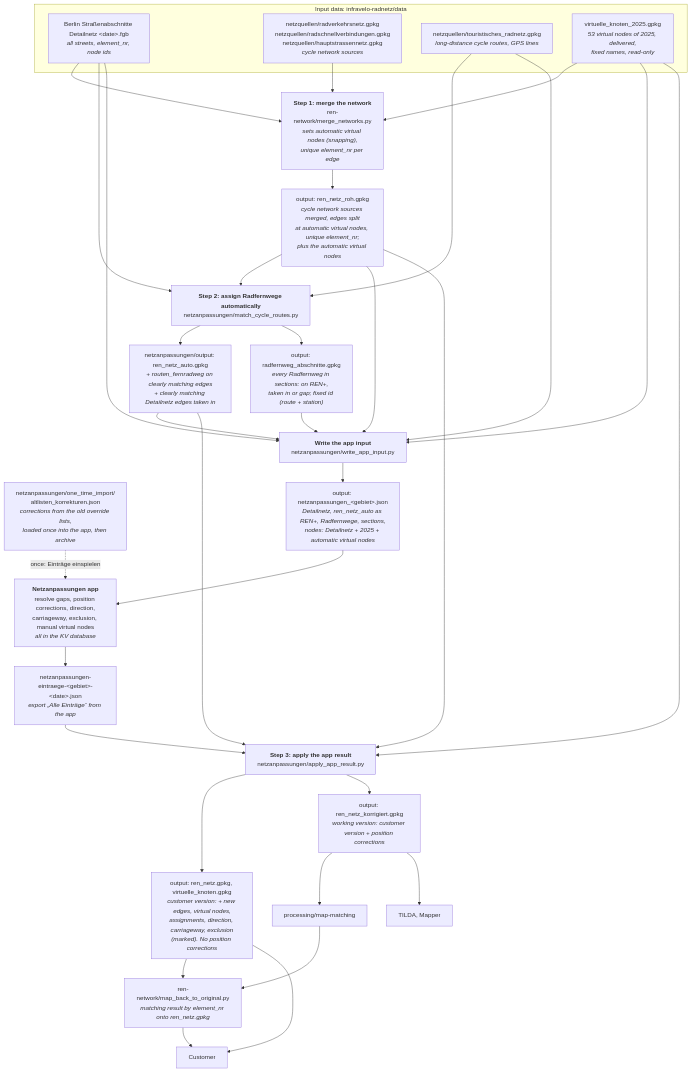
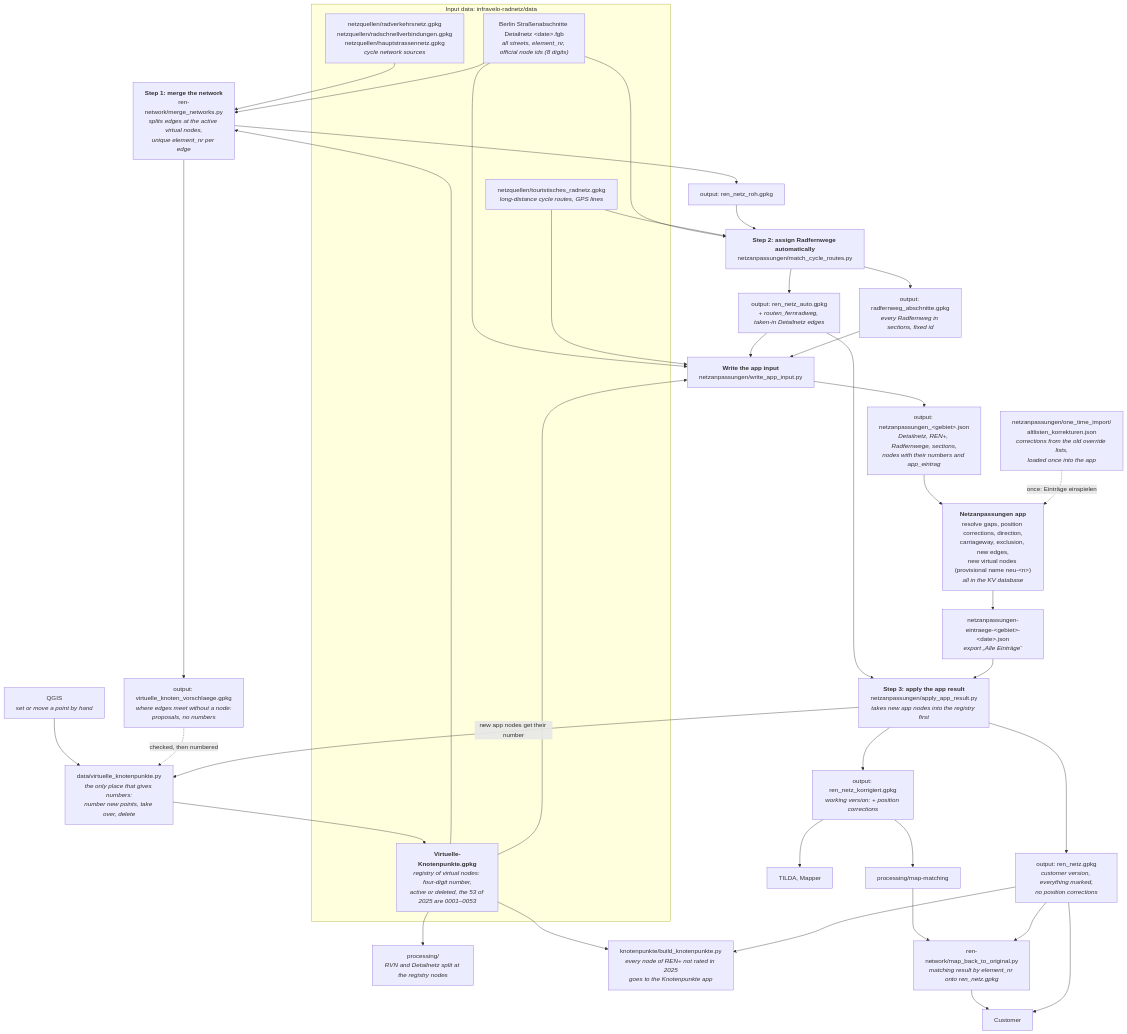
Before and after one commit to FixMyBerlin/infravelo-radnetz: the diagram in docs/network-pipeline.md, drawn with Mermaid. The commit also changed other lines of this file, not shown here.

First line of the commit message:
Pipeline document: virtual nodes come from the registry of main

````diff
--- a/docs/network-pipeline.md
+++ b/docs/network-pipeline.md
@@ -24,65 +29,75 @@
 ```mermaid
 flowchart TD
   subgraph IN["Input data: infravelo-radnetz/data"]
-    DN["Berlin Straßenabschnitte Detailnetz &lt;date&gt;.fgb<br/><i>all streets, element_nr, node ids</i>"]
+    DN["Berlin Straßenabschnitte Detailnetz &lt;date&gt;.fgb<br/><i>all streets, element_nr, official node ids (8 digits)</i>"]
     RQ["netzquellen/radverkehrsnetz.gpkg<br/>netzquellen/radschnellverbindungen.gpkg<br/>netzquellen/hauptstrassennetz.gpkg<br/><i>cycle network sources</i>"]
     RF["netzquellen/touristisches_radnetz.gpkg<br/><i>long-distance cycle routes, GPS lines</i>"]
-    VK["virtuelle_knoten_2025.gpkg<br/><i>53 virtual nodes of 2025, delivered,<br/>fixed names, read-only</i>"]
+    VK["<b>Virtuelle-Knotenpunkte.gpkg</b><br/><i>registry of virtual nodes: four-digit number,<br/>active or deleted, the 53 of 2025 are 0001–0053</i>"]
   end
 
-  EU["netzanpassungen/one_time_import/<br/>altlisten_korrekturen.json<br/><i>corrections from the old override lists,<br/>loaded once into the app, then archive</i>"]
+  VT["data/virtuelle_knotenpunkte.py<br/><i>the only place that gives numbers:<br/>number new points, take over, delete</i>"]
+  QG["QGIS<br/><i>set or move a point by hand</i>"]
+  EU["netzanpassungen/one_time_import/<br/>altlisten_korrekturen.json<br/><i>corrections from the old override lists,<br/>loaded once into the app</i>"]
 
-  S1["<b>Step 1: merge the network</b><br/>ren-network/merge_networks.py<br/><i>sets automatic virtual nodes (snapping),<br/>unique element_nr per edge</i>"]
-  R1["output: ren_netz_roh.gpkg<br/><i>cycle network sources merged, edges split<br/>at automatic virtual nodes, unique element_nr;<br/>plus the automatic virtual nodes</i>"]
+  S1["<b>Step 1: merge the network</b><br/>ren-network/merge_networks.py<br/><i>splits edges at the active virtual nodes,<br/>unique element_nr per edge</i>"]
+  R1["output: ren_netz_roh.gpkg"]
+  P1["output: virtuelle_knoten_vorschlaege.gpkg<br/><i>where edges meet without a node:<br/>proposals, no numbers</i>"]
 
   S2["<b>Step 2: assign Radfernwege automatically</b><br/>netzanpassungen/match_cycle_routes.py"]
-  R2["netzanpassungen/output: ren_netz_auto.gpkg<br/><i>+ routen_fernradweg on clearly matching edges<br/>+ clearly matching Detailnetz edges taken in</i>"]
-  L2["output: radfernweg_abschnitte.gpkg<br/><i>every Radfernweg in sections: on REN+,<br/>taken in or gap; fixed id (route + station)</i>"]
+  R2["output: ren_netz_auto.gpkg<br/><i>+ routen_fernradweg, taken-in Detailnetz edges</i>"]
+  L2["output: radfernweg_abschnitte.gpkg<br/><i>every Radfernweg in sections, fixed id</i>"]
 
   AE["<b>Write the app input</b><br/>netzanpassungen/write_app_input.py"]
-  AI["output: netzanpassungen_&lt;gebiet&gt;.json<br/><i>Detailnetz, ren_netz_auto as REN+, Radfernwege, sections,<br/>nodes: Detailnetz + 2025 + automatic virtual nodes</i>"]
+  AI["output: netzanpassungen_&lt;gebiet&gt;.json<br/><i>Detailnetz, REN+, Radfernwege, sections,<br/>nodes with their numbers and app_eintrag</i>"]
 
-  APP["<b>Netzanpassungen app</b><br/>resolve gaps, position corrections, direction,<br/>carriageway, exclusion, manual virtual nodes<br/><i>all in the KV database</i>"]
-  EX["netzanpassungen-eintraege-&lt;gebiet&gt;-&lt;date&gt;.json<br/><i>export „Alle Einträge“ from the app</i>"]
+  APP["<b>Netzanpassungen app</b><br/>resolve gaps, position corrections, direction,<br/>carriageway, exclusion, new edges,<br/>new virtual nodes (provisional name neu-&lt;n&gt;)<br/><i>all in the KV database</i>"]
+  EX["netzanpassungen-eintraege-&lt;gebiet&gt;-&lt;date&gt;.json<br/><i>export „Alle Einträge“</i>"]
 
-  S3["<b>Step 3: apply the app result</b><br/>netzanpassungen/apply_app_result.py"]
-  R3K["output: ren_netz.gpkg, virtuelle_knoten.gpkg<br/><i>customer version: + new edges, virtual nodes,<br/>assignments, direction, carriageway, exclusion<br/>(marked). No position corrections</i>"]
-  R3W["output: ren_netz_korrigiert.gpkg<br/><i>working version: customer version + position corrections</i>"]
+  S3["<b>Step 3: apply the app result</b><br/>netzanpassungen/apply_app_result.py<br/><i>takes new app nodes into the registry first</i>"]
+  R3K["output: ren_netz.gpkg<br/><i>customer version, everything marked,<br/>no position corrections</i>"]
+  R3W["output: ren_netz_korrigiert.gpkg<br/><i>working version: + position corrections</i>"]
 
+  PR["processing/<br/><i>RVN and Detailnetz split at the registry nodes</i>"]
   MM["processing/map-matching"]
   TI["TILDA, Mapper"]
+  KP["knotenpunkte/build_knotenpunkte.py<br/><i>every node of REN+ not rated in 2025<br/>goes to the Knotenpunkte app</i>"]
   RW["ren-network/map_back_to_original.py<br/><i>matching result by element_nr onto ren_netz.gpkg</i>"]
   KU["Customer"]
 
+  QG --> VT
+  P1 -. "checked, then numbered" .-> VT
+  VT --> VK
   RQ --> S1
   DN --> S1
   VK --> S1
   S1 --> R1
+  S1 --> P1
   R1 --> S2
   DN --> S2
   RF --> S2
   S2 --> R2
   S2 --> L2
   R2 --> AE
-  R1 --> AE
   VK --> AE
   DN --> AE
   RF --> AE
   L2 --> AE
   AE --> AI
   AI --> APP
   EU -. "once: Einträge einspielen" .-> APP
   APP --> EX
   R2 --> S3
-  R1 --> S3
-  VK --> S3
   EX --> S3
+  S3 -- "new app nodes get their number" --> VT
   S3 --> R3K
   S3 --> R3W
+  VK --> PR
+  VK --> KP
+  R3K --> KP
   R3W --> MM
   R3W --> TI
   MM --> RW
   R3K --> RW
   RW --> KU
   R3K --> KU
 ```
````
